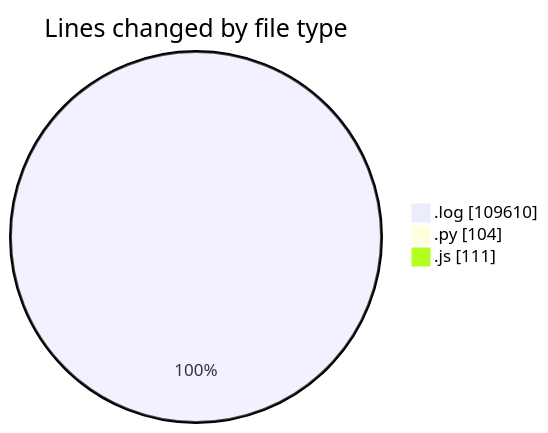
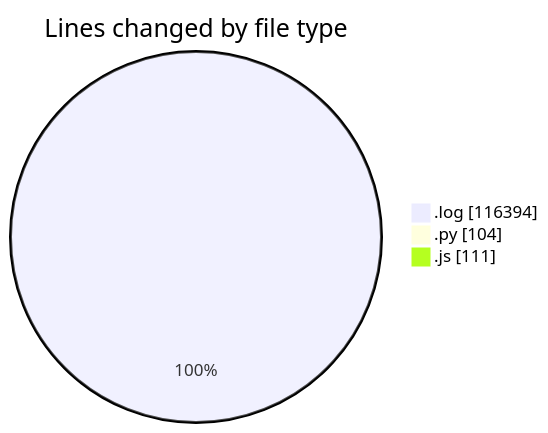
Before and after one commit to nxtqubesakshisongat/code-tracking: the first of 2 diagrams in 2025-04-10/nxtqube_webapp/README.md, drawn with Mermaid. The commit also changed other lines of this file and 1 other file, not shown here.

````diff
--- a/2025-04-10/nxtqube_webapp/README.md
+++ b/2025-04-10/nxtqube_webapp/README.md
@@ -22,7 +22,7 @@
 ```mermaid
 pie showData
 title Lines changed by file type
-".log" : 109610
+".log" : 116394
 ".py" : 104
 ".js" : 111
 ```
````
